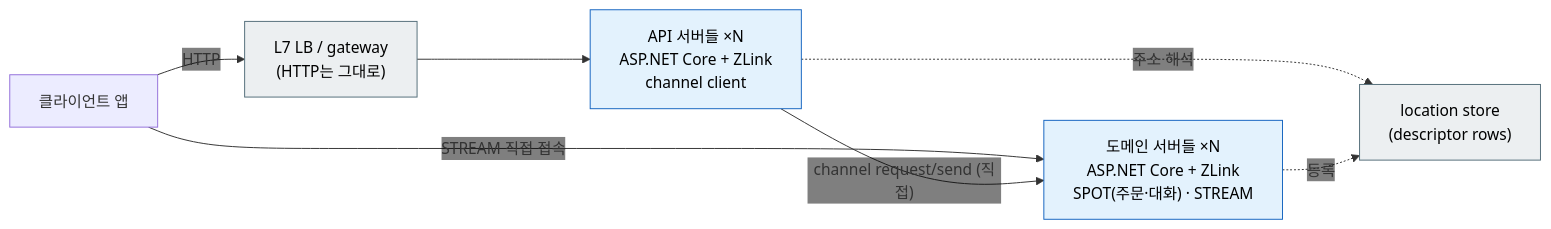
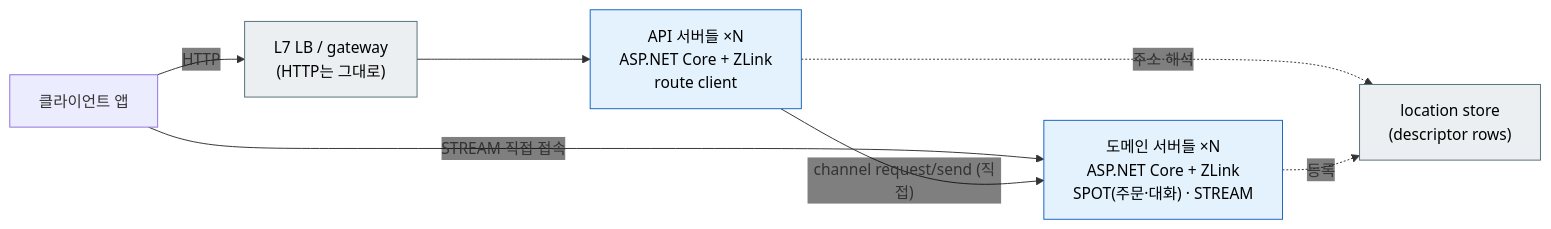
Before and after one commit to kairos-code-dev/zlink: the fourth of 8 diagrams in framework/doc/framework/dotnet/guide/01-overview.ko.md, drawn with Mermaid. The commit also changed other lines of this file and 1 other file, not shown here.

First line of the commit message:
docs(dotnet): refresh route mesh overview

````diff
--- a/framework/doc/framework/dotnet/guide/01-overview.ko.md
+++ b/framework/doc/framework/dotnet/guide/01-overview.ko.md
@@ -280,18 +280,18 @@
 ```mermaid
 %%{init: {'themeVariables': {'edgeLabelBackground':'transparent'}}}%%
 flowchart LR
     Client2["클라이언트 앱"]
     LB2["L7 LB / gateway<br/>(HTTP는 그대로)"]:::infra
-    Api2["API 서버들 ×N<br/>ASP.NET Core + ZLink<br/>channel client"]:::app
+    Api2["API 서버들 ×N<br/>ASP.NET Core + ZLink<br/>route client"]:::app
     Dom2["도메인 서버들 ×N<br/>ASP.NET Core + ZLink<br/>SPOT(주문·대화) · STREAM"]:::app
     Store["location store<br/>(descriptor rows)"]:::infra
 
     Client2 -- "HTTP" --> LB2 --> Api2
     Client2 -- "STREAM 직접 접속" --> Dom2
     Api2 -- "channel request/send (직접)" --> Dom2
     Api2 -.->|"주소 해석"| Store
     Dom2 -.->|"등록"| Store
 
     classDef app fill:#e3f2fd,stroke:#1565c0,color:#000000
     classDef infra fill:#eceff1,stroke:#546e7a,color:#000000
 ```
````
